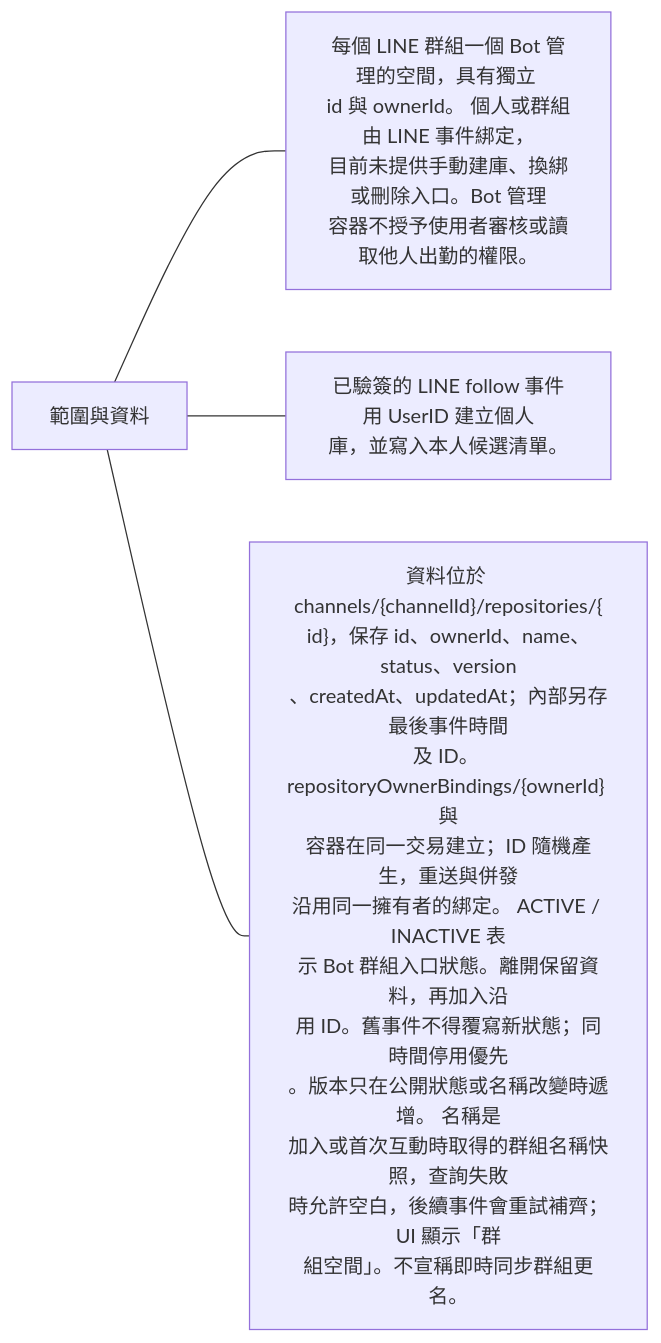
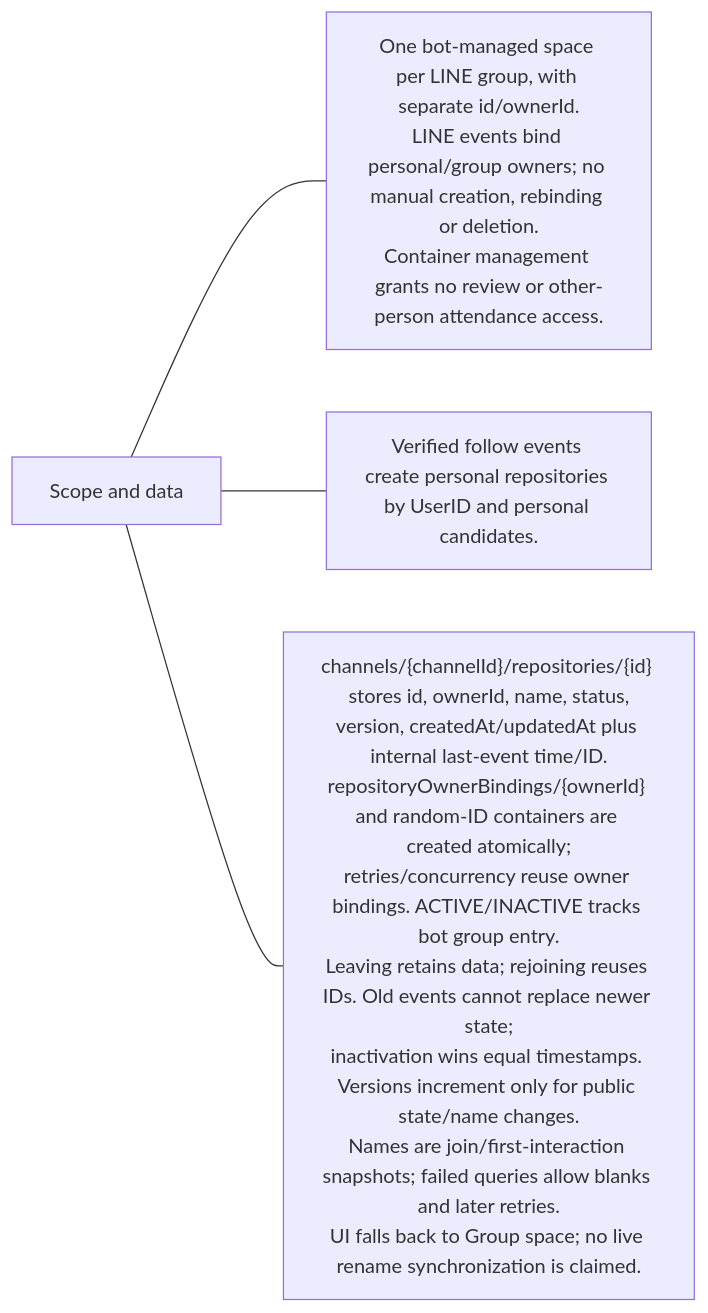
Before and after one commit to 963sup/line-mini-app-bot: the second of 12 diagrams in docs/domains/repository/README.md, drawn with Mermaid. The commit also changed other lines of this file and 341 other files, not shown here.

````diff
--- a/docs/domains/repository/README.md
+++ b/docs/domains/repository/README.md
@@ -64,7 +70,7 @@
 ```mermaid
 flowchart LR
-  h["範圍與資料"]
-  h --- n0["每個 LINE 群組一個 Bot 管理的空間，具有獨立 <br/>id 與 ownerId。 個人或群組由 LINE 事件綁定，<br/>目前未提供手動建庫、換綁或刪除入口。Bot 管理<br/>容器不授予使用者審核或讀取他人出勤的權限。"]
-  h --- n1["已驗簽的 LINE follow 事件用 UserID 建立個人<br/>庫，並寫入本人候選清單。"]
-  h --- n2["資料位於 channels/{channelId}/repositories/{<br/>id}，保存 id、ownerId、name、status、version<br/>、createdAt、updatedAt；內部另存最後事件時間<br/>及 ID。 repositoryOwnerBindings/{ownerId} 與<br/>容器在同一交易建立；ID 隨機產生，重送與併發<br/>沿用同一擁有者的綁定。 ACTIVE / INACTIVE 表<br/>示 Bot 群組入口狀態。離開保留資料，再加入沿<br/>用 ID。舊事件不得覆寫新狀態；同時間停用優先<br/>。版本只在公開狀態或名稱改變時遞增。 名稱是<br/>加入或首次互動時取得的群組名稱快照，查詢失敗<br/>時允許空白，後續事件會重試補齊；UI 顯示「群<br/>組空間」。不宣稱即時同步群組更名。"]
+  h["Scope and data"]
+  h --- n0["One bot-managed space per LINE group, with separate id/ownerId.<br/>LINE events bind personal/group owners; no manual creation, rebinding or deletion.<br/>Container management grants no review or other-person attendance access."]
+  h --- n1["Verified follow events create personal repositories by UserID and personal candidates."]
+  h --- n2["channels/{channelId}/repositories/{id} stores id, ownerId, name, status,<br/>version, createdAt/updatedAt plus internal last-event time/ID.<br/>repositoryOwnerBindings/{ownerId} and random-ID containers are created atomically;<br/>retries/concurrency reuse owner bindings. ACTIVE/INACTIVE tracks bot group entry.<br/>Leaving retains data; rejoining reuses IDs. Old events cannot replace newer state;<br/>inactivation wins equal timestamps. Versions increment only for public state/name changes.<br/>Names are join/first-interaction snapshots; failed queries allow blanks and later retries.<br/>UI falls back to Group space; no live rename synchronization is claimed."]
 ```
````
